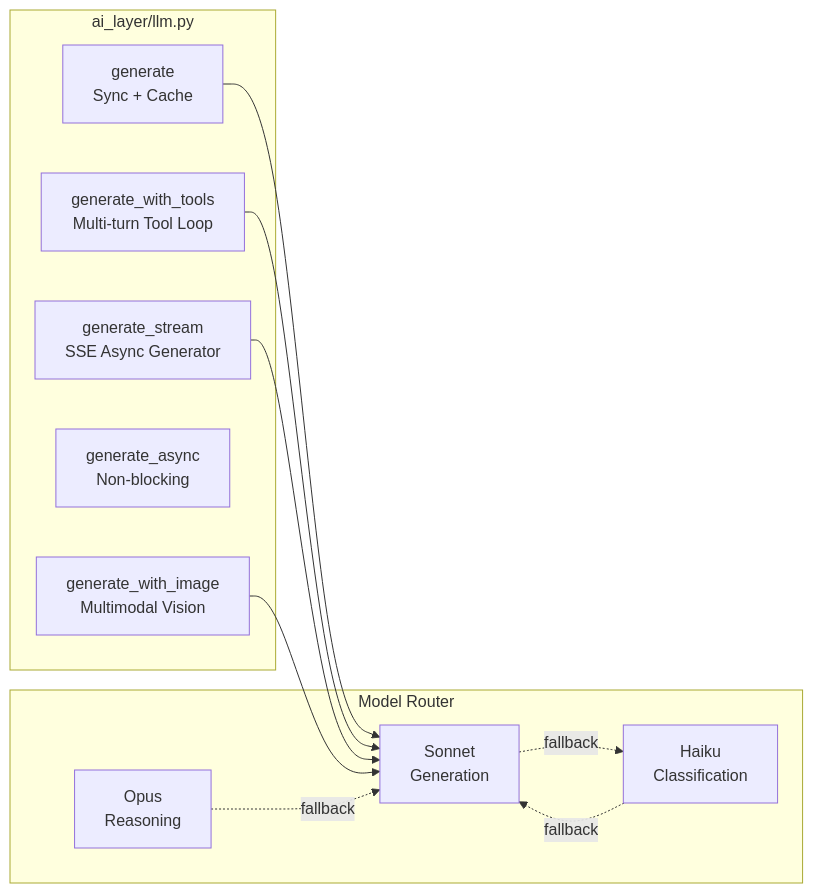
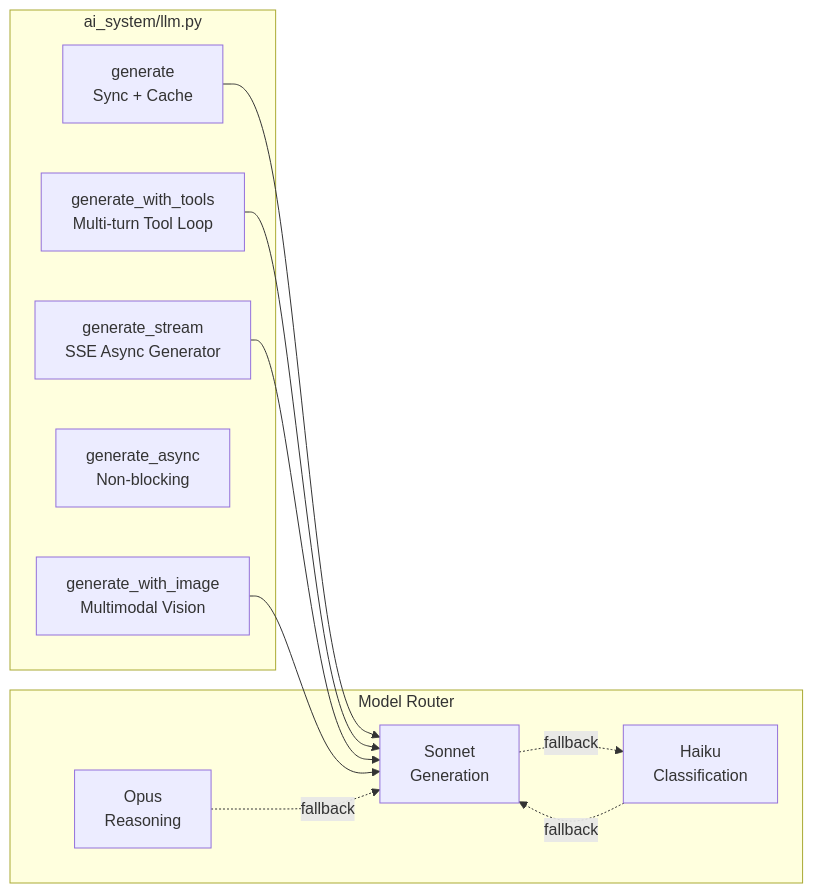
One commit to wchen-dea/Agentic-Operational-Intelligence-Platform changed the third of 3 diagrams in docs/system_overview.md. Above: the diagram before and after it, drawn with Mermaid. The commit also changed other lines of this file and 113 other files, not shown here.

````diff
--- a/docs/system_overview.md
+++ b/docs/system_overview.md
@@ -94,24 +94,24 @@
 ```mermaid
 flowchart LR
-    subgraph "ai_layer/llm.py"
+    subgraph "ai_system/llm.py"
         GEN[generate\nSync + Cache]
         TOOLS[generate_with_tools\nMulti-turn Tool Loop]
         STREAM[generate_stream\nSSE Async Generator]
         ASYNC[generate_async\nNon-blocking]
         VISION[generate_with_image\nMultimodal Vision]
     end
 
     subgraph "Model Router"
         HAIKU[Haiku\nClassification]
         SONNET[Sonnet\nGeneration]
         OPUS[Opus\nReasoning]
     end
 
     GEN --> SONNET
     TOOLS --> SONNET
     STREAM --> SONNET
     VISION --> SONNET
     HAIKU -.->|fallback| SONNET
     SONNET -.->|fallback| HAIKU
     OPUS -.->|fallback| SONNET
 ```
````
